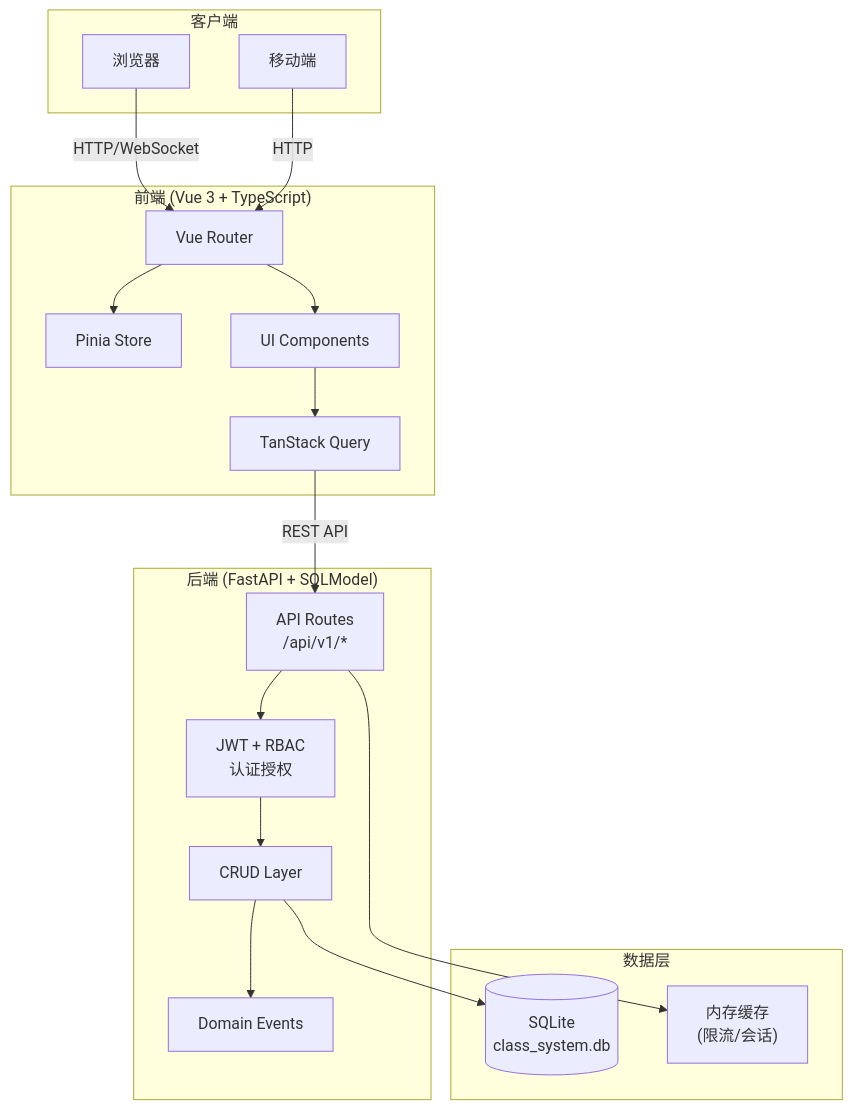
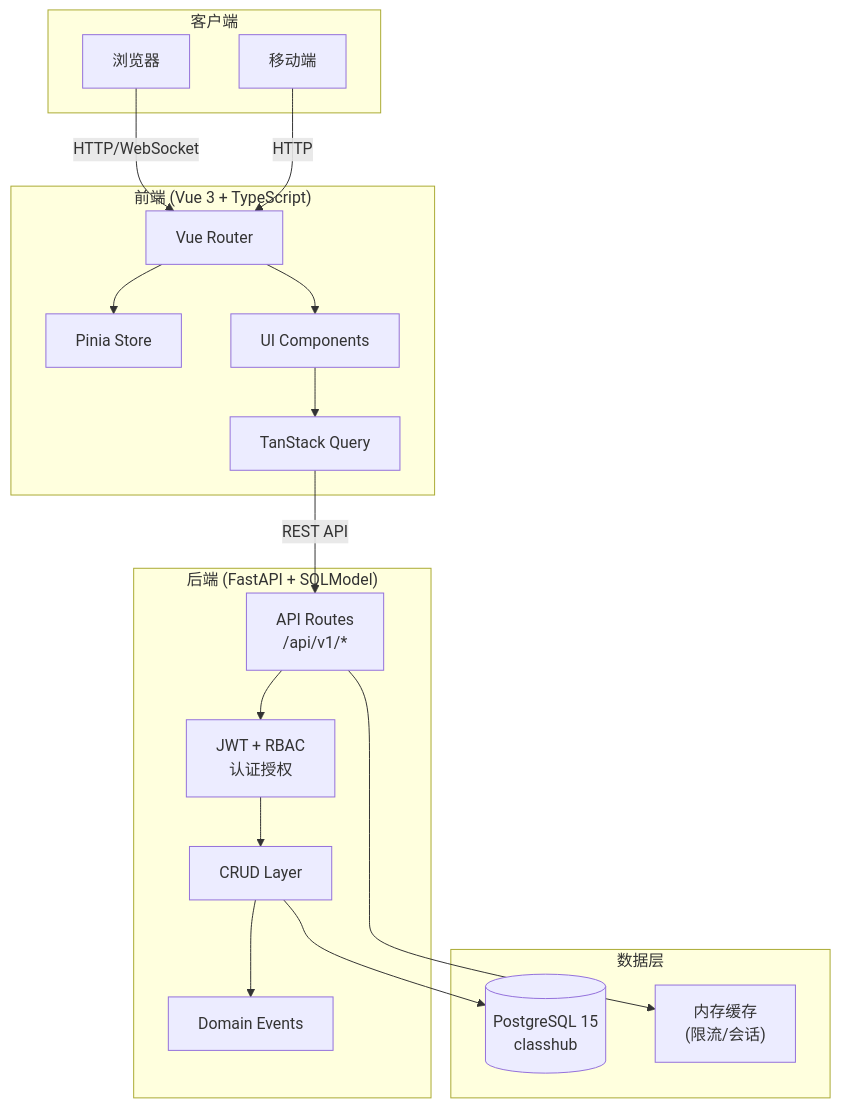
Before and after one commit to zhanziwei96/student-manager: the first of 7 diagrams in docs/ARCHITECTURE_DIAGRAMS.md, drawn with Mermaid. The commit also changed 12 other files, not shown here.

First line of the commit message:
docs: correct SQLite references to PostgreSQL across documentation

````diff
--- a/docs/ARCHITECTURE_DIAGRAMS.md
+++ b/docs/ARCHITECTURE_DIAGRAMS.md
@@ -14,39 +14,39 @@
 ```mermaid
 graph TB
     subgraph Client["客户端"]
         Browser["浏览器"]
         Mobile["移动端"]
     end
 
     subgraph Frontend["前端 (Vue 3 + TypeScript)"]
         Router["Vue Router"]
         Pinia["Pinia Store"]
         Query["TanStack Query"]
         Components["UI Components"]
     end
 
     subgraph Backend["后端 (FastAPI + SQLModel)"]
         API["API Routes<br/>/api/v1/*"]
         Auth["JWT + RBAC<br/>认证授权"]
         CRUD["CRUD Layer"]
         Events["Domain Events"]
     end
 
     subgraph Data["数据层"]
-        SQLite[("SQLite<br/>class_system.db")]
+        PostgreSQL[("PostgreSQL 15<br/>classhub")]
         Memory["内存缓存<br/>(限流/会话)"]
     end
 
     Browser -->|"HTTP/WebSocket"| Router
     Mobile -->|"HTTP"| Router
     Router --> Pinia
     Router --> Components
     Components --> Query
     Query -->|"REST API"| API
 
     API --> Auth
     Auth --> CRUD
     CRUD --> Events
-    CRUD --> SQLite
+    CRUD --> PostgreSQL
     API --> Memory
 ```
````
